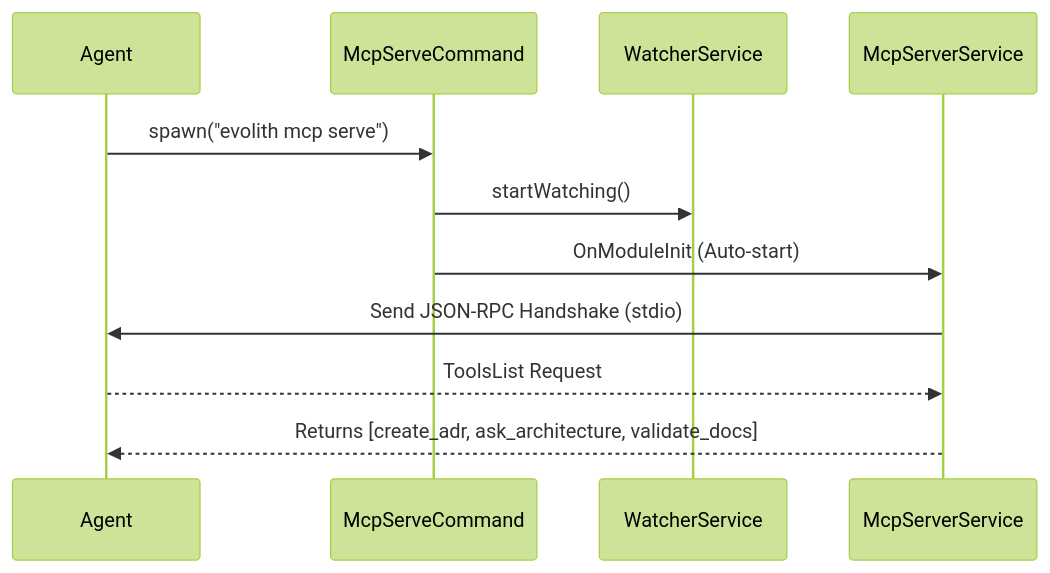
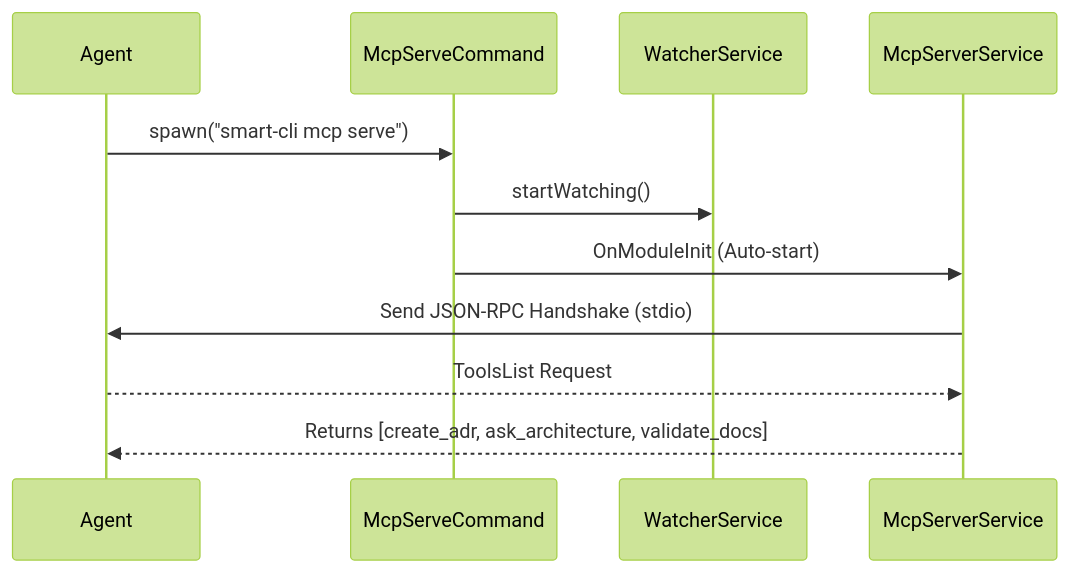
One commit to beyondnetcode/evolith_arch32 changed the third of 3 diagrams in reference/architecture/evolith-sdk/technical-design.md. Above: the diagram before and after it, drawn with Mermaid (forest theme). The commit also changed other lines of this file and 13 other files, not shown here.

First line of the commit message:
refactor: update all CLI references from evolith to smart-cli

````diff
--- a/reference/architecture/evolith-sdk/technical-design.md
+++ b/reference/architecture/evolith-sdk/technical-design.md
@@ -52,14 +52,14 @@
 ```mermaid
 sequenceDiagram
     participant Agent
     participant McpServeCommand
     participant WatcherService
     participant McpServerService
 
-    Agent->>McpServeCommand: spawn("evolith mcp serve")
+    Agent->>McpServeCommand: spawn("smart-cli mcp serve")
     McpServeCommand->>WatcherService: startWatching()
     McpServeCommand->>McpServerService: OnModuleInit (Auto-start)
     McpServerService->>Agent: Send JSON-RPC Handshake (stdio)
     Agent-->>McpServerService: ToolsList Request
     McpServerService-->>Agent: Returns [create_adr, ask_architecture, validate_docs]
 ```
````
